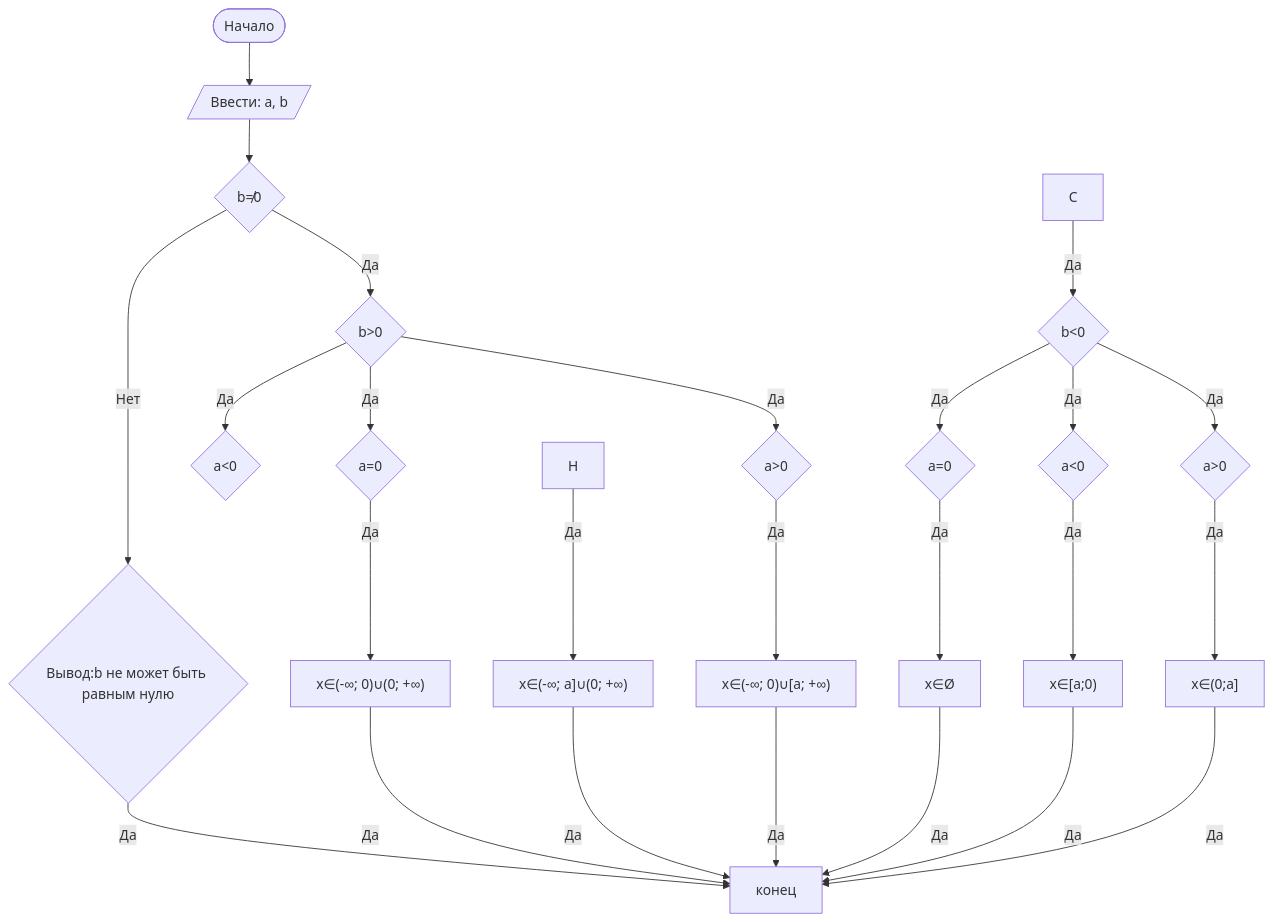
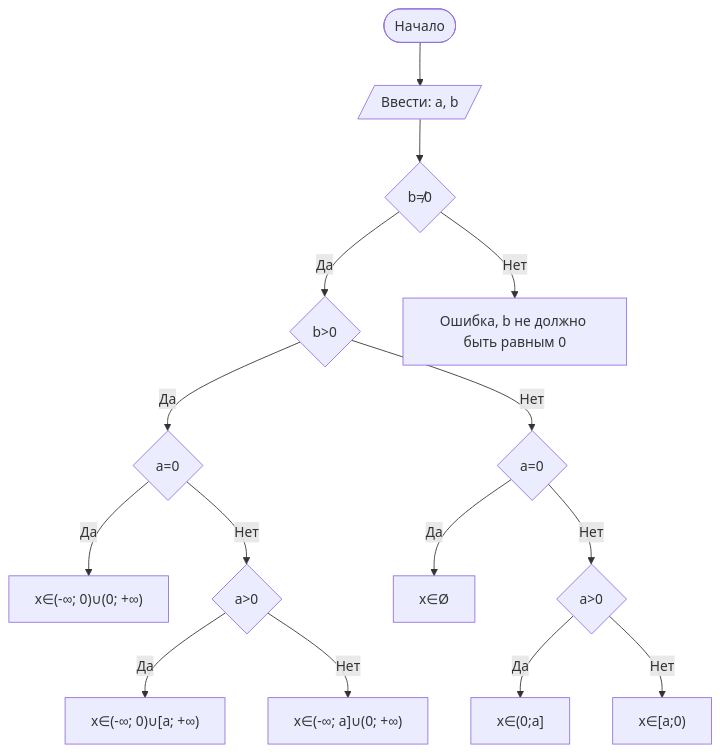
One commit to Elizavetabutko/lab1 changed the diagram in README.md. Above: the diagram before and after it, drawn with Mermaid.

Commit message:
README.md

````diff
--- a/README.md
+++ b/README.md
@@ -78,28 +78,18 @@
 ```mermaid
 graph TD
     A([Начало]) --> B[/Ввести: a, b/]
     B --> C{b≠0}
-    C -- Да --> E{b>0}
-    С -- Да --> F{b<0}
-    C -- Нет --> D{Вывод:b не может быть равным нулю}
-    E -- Да --> G{a=0}
-    E -- Да --> Н{a<0}
-    E -- Да --> I{a>0}
-    F -- Да --> J{a=0}
-    F -- Да --> K{a<0}
-    F -- Да --> L{a>0}
-    G -- Дa --> M["x∈(-∞; 0)∪(0; +∞)"]
-    H -- Да --> N["x∈(-∞; a]∪(0; +∞)"]
-    I -- Да --> O["x∈(-∞; 0)∪[a; +∞)"]
-    J -- Да --> P["x∈Ø"]
-    K -- Да --> Q["x∈[a;0)"]
-    L -- Да --> R["x∈(0;a]"]
-    D -- Да --> Z[конец]
-    M -- Да --> Z[конец]
-    N -- Да --> Z[конец]
-    O -- Да --> Z[конец]
-    P -- Да --> Z[конец]
-    Q -- Да --> Z[конец]
-    R -- Да --> Z[конец]
+    C -- Да --> D{b>0}
+    C -- Нет --> E[Ошибка, b не должно быть равным 0]
+    D -- Да --> F{a=0}
+    D -- Нет --> G{a=0}
+    F -- Да --> H["x∈(-∞; 0)∪(0; +∞)"]
+    F -- Нет --> I{a>0}
+    I -- Да --> L["x∈(-∞; 0)∪[a; +∞)"]
+    I -- Нет --> M["x∈(-∞; a]∪(0; +∞)"]
+    G -- Да --> J["x∈Ø"]
+    G -- Нет --> K{a>0}
+    K -- Да --> N["x∈(0;a]"]
+    K -- Нет --> O["x∈[a;0)"]
 
 ```
````
